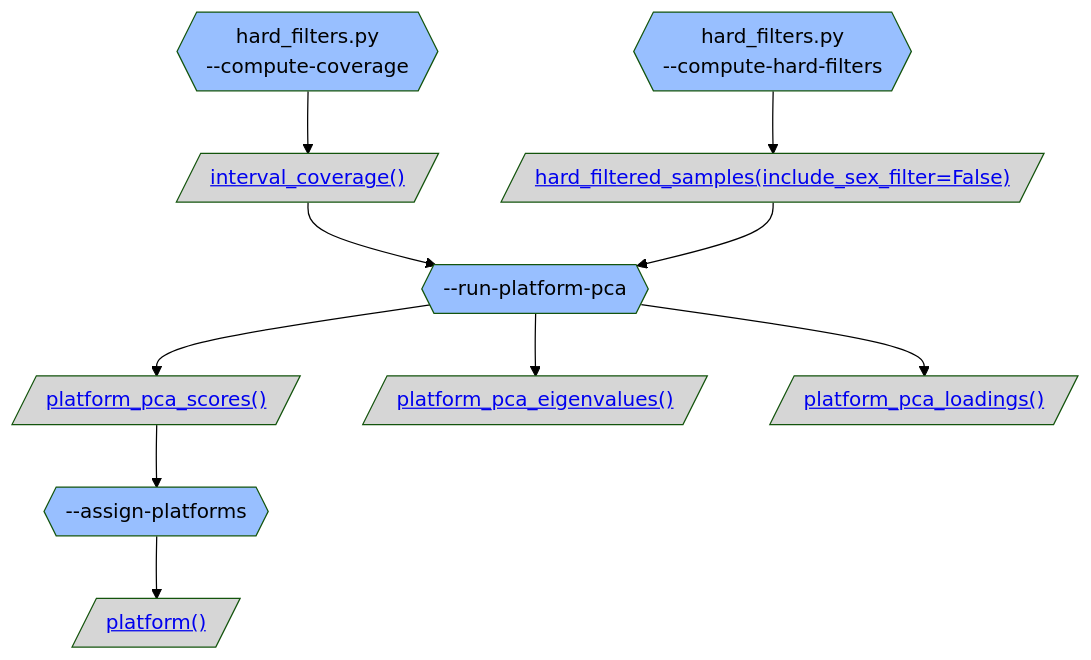
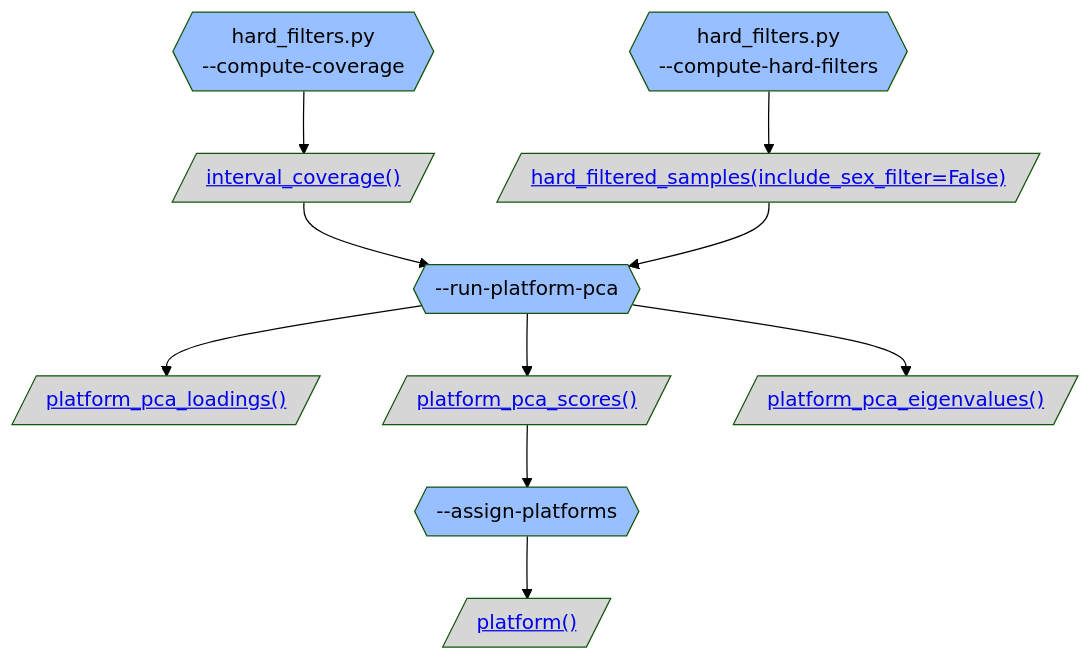
One commit to broadinstitute/gnomad_qc changed the fourth of 11 diagrams in gnomad_qc/v4/sample_qc/README.md. Above: the diagram before and after it, drawn with Mermaid (forest theme). The commit also changed other lines of this file and 4 other files, not shown here.

````diff
--- a/gnomad_qc/v4/sample_qc/README.md
+++ b/gnomad_qc/v4/sample_qc/README.md
@@ -349,32 +395,32 @@
 ```mermaid
 flowchart TB;
   classDef script_color fill:#2C5D4A,color:#000000
   classDef step_color fill:#98BFFF,color:#000000
   classDef func_color fill:#E0D5E6,color:#000000
   classDef gnomad_methods_color fill:#F9F2CE,color:#000000
   classDef hail_color fill:#FAEACE,color:#000000
   classDef resource_color fill:#D6D6D6,color:#000000
   classDef validity_check_color fill:#2C5D4A,color:#000000
 
   step_compute_coverage{{"hard_filters.py
 --compute-coverage"}}:::step_color;
   resource_interval_coverage[/"<a href='https://github.com/broadinstitute/gnomad_qc/tree/main/gnomad_qc/v4/resources/sample_qc.py#L165'>interval_coverage()</a>"/]:::resource_color;
   step_run_platform_pca{{"--run-platform-pca"}}:::step_color;
+  resource_platform_pca_loadings[/"<a href='https://github.com/broadinstitute/gnomad_qc/tree/main/gnomad_qc/v4/resources/sample_qc.py#L200'>platform_pca_loadings()</a>"/]:::resource_color;
   resource_platform_pca_scores[/"<a href='https://github.com/broadinstitute/gnomad_qc/tree/main/gnomad_qc/v4/resources/sample_qc.py#L234'>platform_pca_scores()</a>"/]:::resource_color;
   resource_platform_pca_eigenvalues[/"<a href='https://github.com/broadinstitute/gnomad_qc/tree/main/gnomad_qc/v4/resources/sample_qc.py#L216'>platform_pca_eigenvalues()</a>"/]:::resource_color;
-  resource_platform_pca_loadings[/"<a href='https://github.com/broadinstitute/gnomad_qc/tree/main/gnomad_qc/v4/resources/sample_qc.py#L200'>platform_pca_loadings()</a>"/]:::resource_color;
   step_compute_hard_filters{{"hard_filters.py
 --compute-hard-filters"}}:::step_color;
   resource_hard_filtered_samples_include_sex_filter_False[/"<a href='https://github.com/broadinstitute/gnomad_qc/tree/main/gnomad_qc/v4/resources/sample_qc.py#L138'>hard_filtered_samples(include_sex_filter=False)</a>"/]:::resource_color;
   step_assign_platforms{{"--assign-platforms"}}:::step_color;
   resource_platform[/"<a href='https://github.com/broadinstitute/gnomad_qc/tree/main/gnomad_qc/v4/resources/sample_qc.py#L250'>platform()</a>"/]:::resource_color;
   step_compute_coverage --> resource_interval_coverage;
   resource_interval_coverage --> step_run_platform_pca;
+  step_run_platform_pca --> resource_platform_pca_loadings;
   step_run_platform_pca --> resource_platform_pca_scores;
   step_run_platform_pca --> resource_platform_pca_eigenvalues;
-  step_run_platform_pca --> resource_platform_pca_loadings;
   step_compute_hard_filters --> resource_hard_filtered_samples_include_sex_filter_False;
   resource_hard_filtered_samples_include_sex_filter_False --> step_run_platform_pca;
   resource_platform_pca_scores --> step_assign_platforms;
   step_assign_platforms --> resource_platform;
 ```
````
